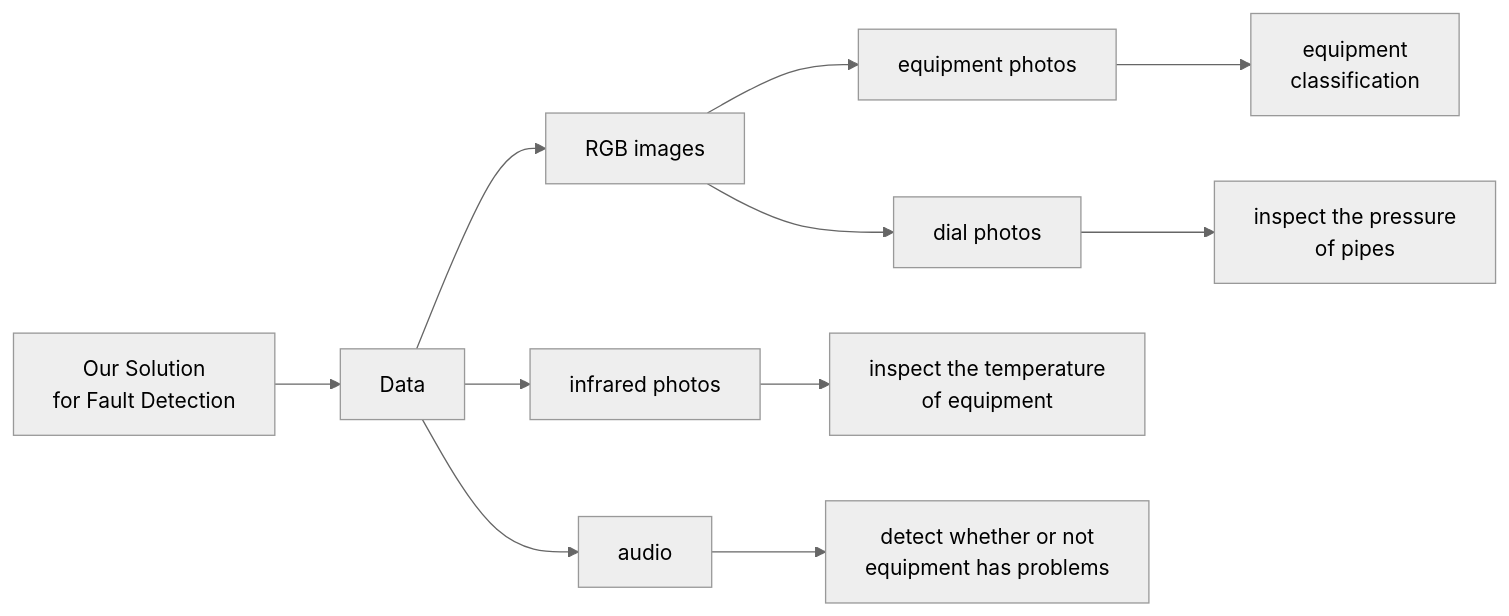
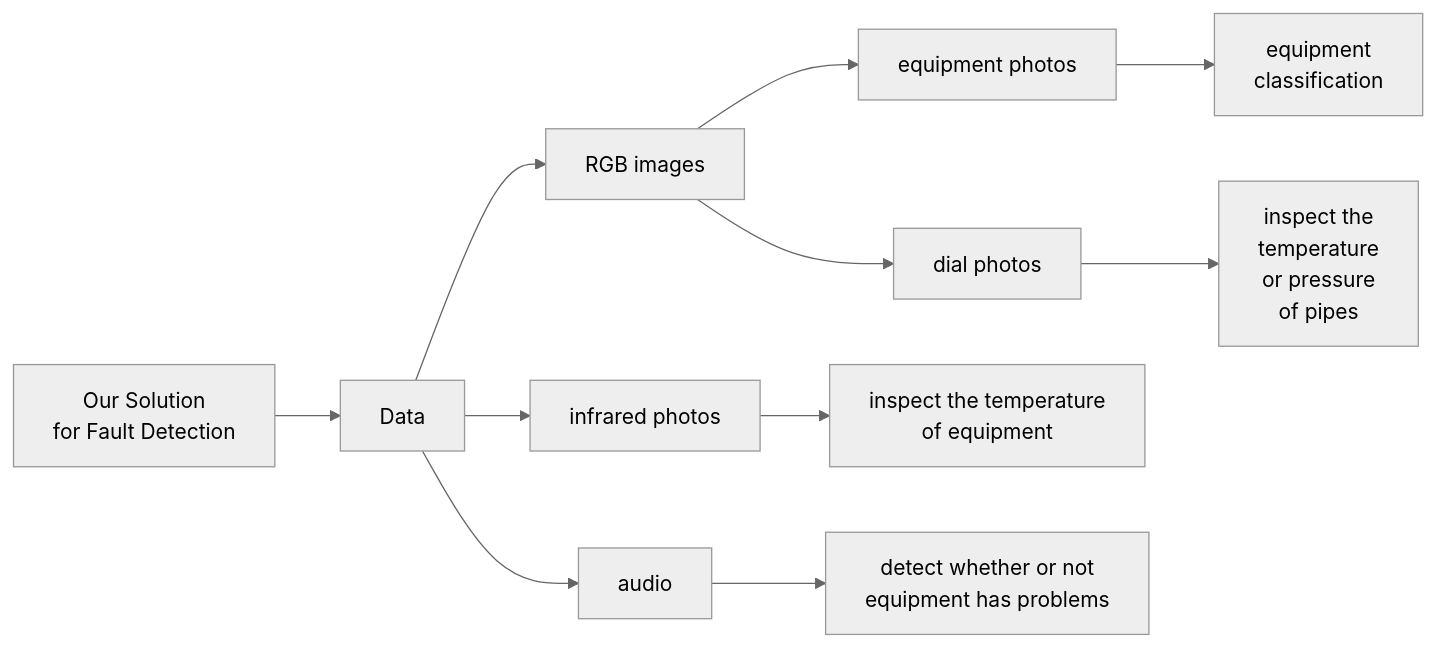
One commit to Hurricane-k/carry-bio changed the first of 3 diagrams in content/posts/blog14/index.md. Above: the diagram before and after it, drawn with Mermaid (neutral theme). The commit also changed 1 other file, not shown here.

Commit message:
correct mistake in blog 14

```diff
--- a/content/posts/blog14/index.md
+++ b/content/posts/blog14/index.md
@@ -29,13 +29,13 @@
 {{<mermaid>}}
 flowchart LR
     A[Our Solution\n for Fault Detection] --> B[Data]
     B --> B1[RGB images]
     B --> B2[infrared photos]
     B --> B3[audio]
     B1 --> B11[equipment photos]
     B1 --> B12[dial photos]
     B11 --> C1[equipment\n classification]
-    B12 --> C2[inspect the pressure\n of pipes]
+    B12 --> C2[inspect the\n temperature\n or pressure\n of pipes]
     B2 --> C3[inspect the temperature\n of equipment]
     B3 --> C4[detect whether or not\n equipment has problems]
 {{</mermaid>}}
```
